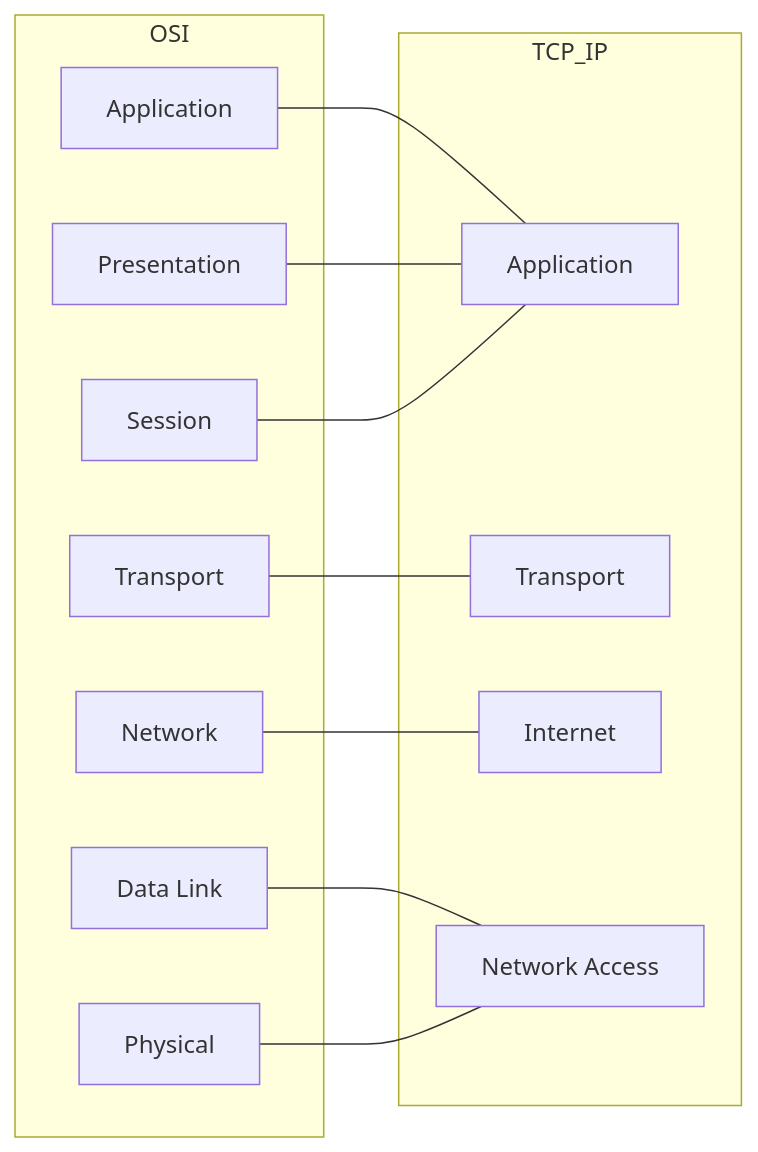
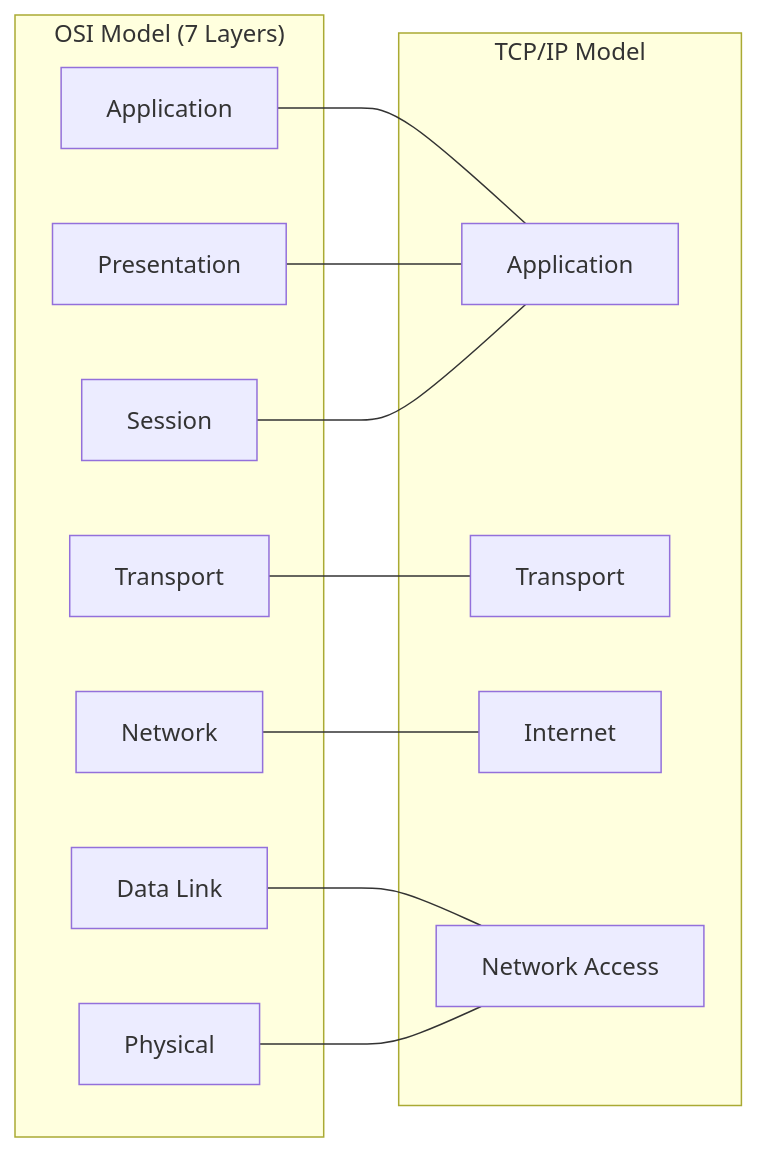
One commit to Muhammad-Ikhwan-Fathulloh/Ethical-Hacking-Course-Bank changed the diagram in Pertemuan2.md. Above: the diagram before and after it, drawn with Mermaid. The commit also changed other lines of this file, not shown here.

````diff
--- a/Pertemuan2.md
+++ b/Pertemuan2.md
@@ -16,24 +22,24 @@
 ```mermaid
 graph LR
-    subgraph TCP_IP
+    subgraph TCP_IP["TCP/IP Model"]
     T1[Application]
     T2[Transport]
     T3[Internet]
     T4[Network Access]
     end
     
-    subgraph OSI
+    subgraph OSI["OSI Model (7 Layers)"]
     O1[Application]
     O2[Presentation]
     O3[Session]
     O4[Transport]
     O5[Network]
     O6[Data Link]
     O7[Physical]
     end
     
     O1 & O2 & O3 --- T1
     O4 --- T2
     O5 --- T3
     O6 & O7 --- T4
 ```
````
